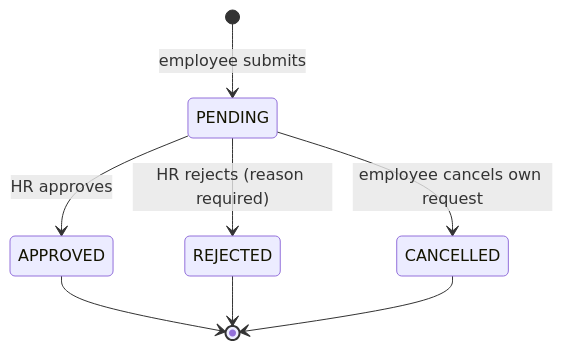
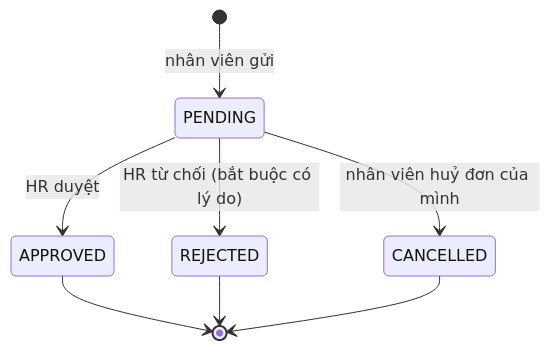
One commit to tridinh288/AI-HRM changed the third of 4 diagrams in docs/DESIGN.md. Above: the diagram before and after it, drawn with Mermaid. The commit also changed other lines of this file and 3 other files, not shown here.

````diff
--- a/docs/DESIGN.md
+++ b/docs/DESIGN.md
@@ -268,10 +274,10 @@
 ```mermaid
 stateDiagram-v2
-    [*] --> PENDING : employee submits
-    PENDING --> APPROVED : HR approves
-    PENDING --> REJECTED : HR rejects (reason required)
-    PENDING --> CANCELLED : employee cancels own request
+    [*] --> PENDING : nhân viên gửi
+    PENDING --> APPROVED : HR duyệt
+    PENDING --> REJECTED : HR từ chối (bắt buộc có lý do)
+    PENDING --> CANCELLED : nhân viên huỷ đơn của mình
     APPROVED --> [*]
     REJECTED --> [*]
     CANCELLED --> [*]
 ```
````
